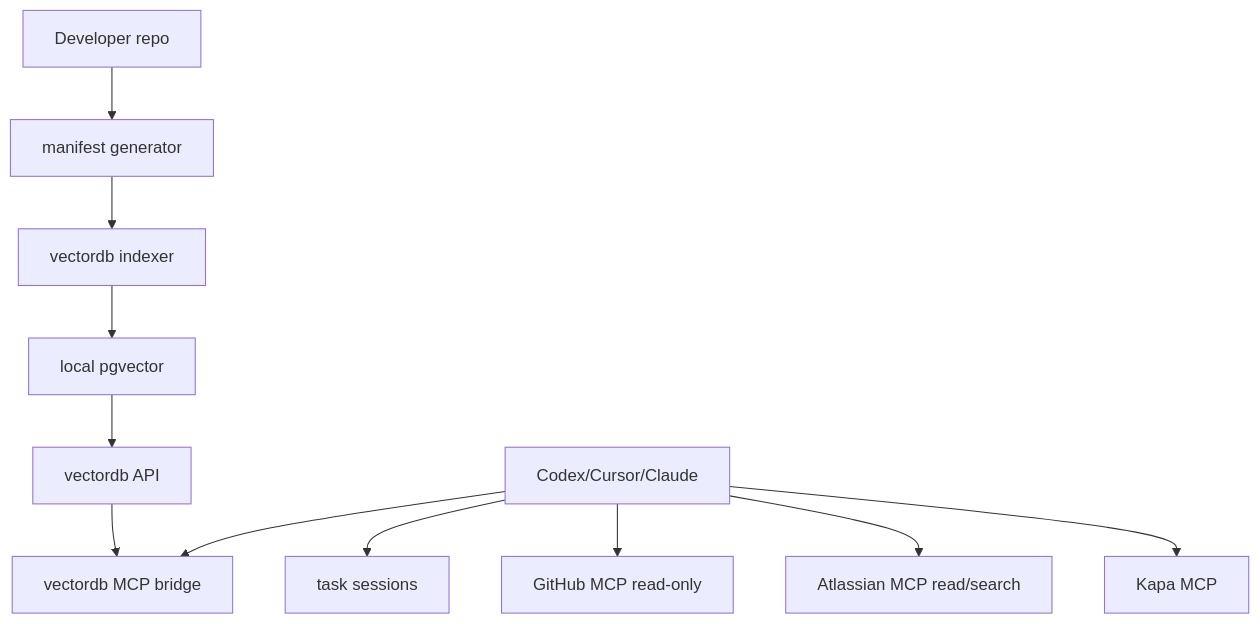
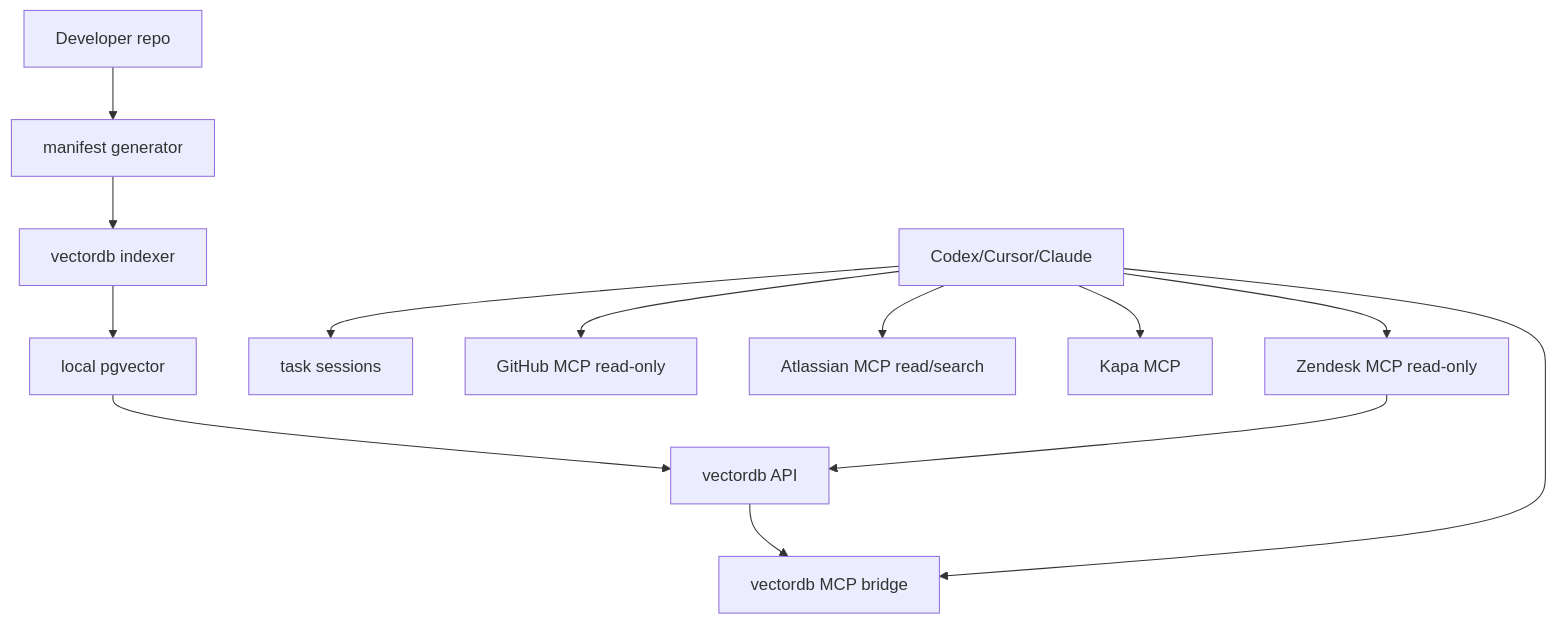
The diagram in README.md (enrique-pastrana/gravitee-local-tooling), drawn with Mermaid before and after one commit. The commit also changed other lines of this file and 8 other files, not shown here.

Commit message:
Add optional read-only Zendesk integration

````diff
--- a/README.md
+++ b/README.md
@@ -218,13 +248,15 @@
 ```mermaid
 flowchart TD
     A["Developer repo"] --> B["manifest generator"]
     B --> C["vectordb indexer"]
     C --> D["local pgvector"]
     D --> E["vectordb API"]
     E --> F["vectordb MCP bridge"]
     G["Codex/Cursor/Claude"] --> F
     G --> K["task sessions"]
     G --> H["GitHub MCP read-only"]
     G --> I["Atlassian MCP read/search"]
     G --> J["Kapa MCP"]
+    G --> L["Zendesk MCP read-only"]
+    L --> E
 ```
````
